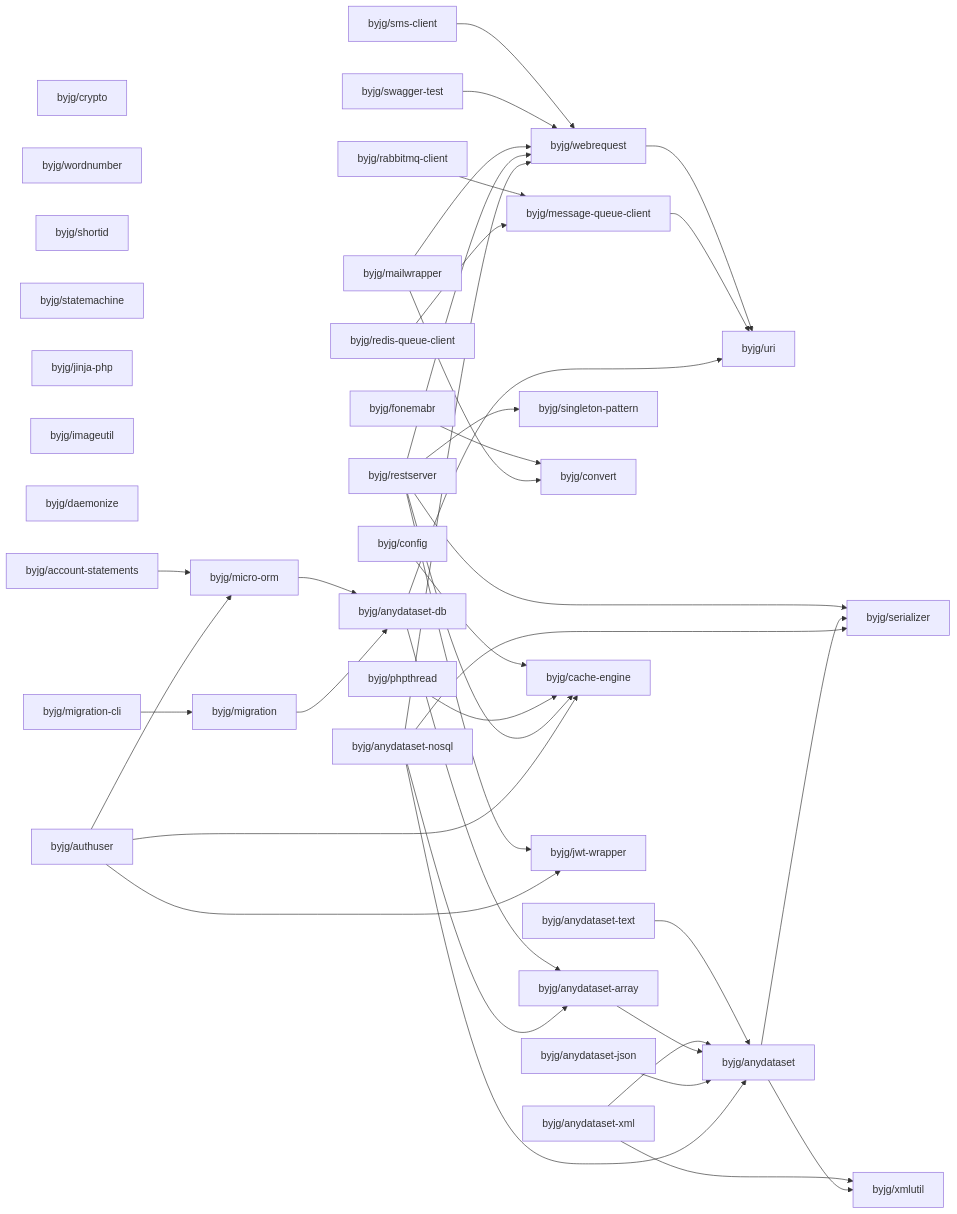
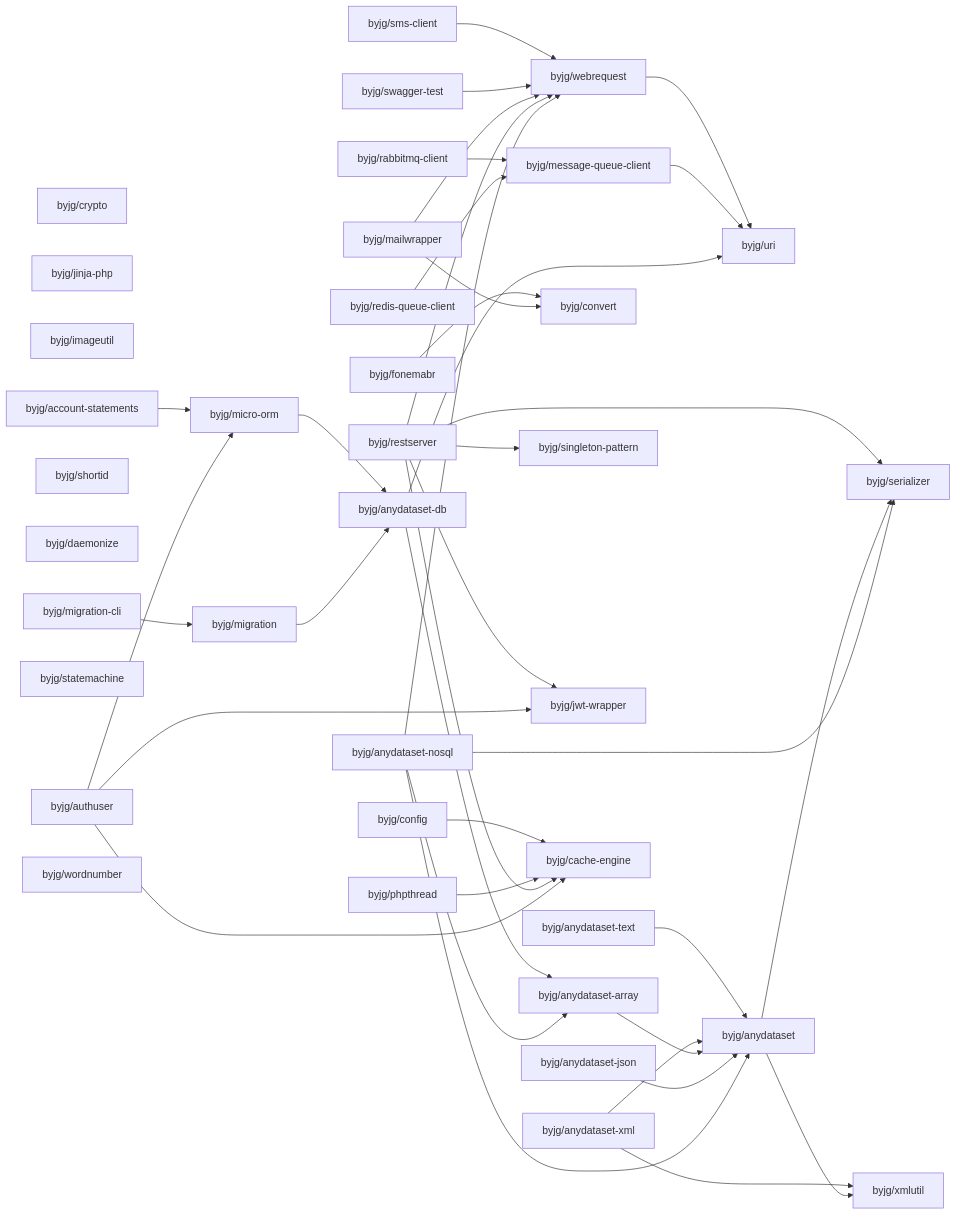
The diagram in php/README.md (byjg/byjg.github.io), drawn with Mermaid before and after one commit. The commit also changed other lines of this file and 1 other file, not shown here.

Commit message:
Update documentation 'php' 'php-mailwrapper'

````diff
--- a/php/README.md
+++ b/php/README.md
@@ -3,76 +3,76 @@
 ```mermaid
 graph LR;
-  byjg/restserver;
+  byjg/config;
   byjg/crypto;
-  byjg/wordnumber;
+  byjg/anydataset-nosql;
+  byjg/jinja-php;
+  byjg/swagger-test;
+  byjg/imageutil;
+  byjg/anydataset-json;
+  byjg/authuser;
+  byjg/mailwrapper;
+  byjg/redis-queue-client;
   byjg/shortid;
   byjg/fonemabr;
+  byjg/daemonize;
+  byjg/rabbitmq-client;
+  byjg/account-statements;
+  byjg/statemachine;
+  byjg/anydataset-xml;
+  byjg/migration-cli;
   byjg/anydataset-text;
-  byjg/config;
-  byjg/rabbitmq-client;
-  byjg/mailwrapper;
-  byjg/statemachine;
-  byjg/anydataset-json;
+  byjg/restserver;
+  byjg/sms-client;
+  byjg/wordnumber;
   byjg/phpthread;
-  byjg/anydataset-xml;
-  byjg/anydataset-nosql;
-  byjg/swagger-test;
-  byjg/jinja-php;
-  byjg/imageutil;
-  byjg/daemonize;
-  byjg/account-statements;
-  byjg/redis-queue-client;
-  byjg/sms-client;
-  byjg/migration-cli;
-  byjg/authuser;
-  byjg/singleton-pattern;
   byjg/convert;
   byjg/message-queue-client;
+  byjg/micro-orm;
+  byjg/migration;
+  byjg/singleton-pattern;
+  byjg/jwt-wrapper;
   byjg/webrequest;
-  byjg/migration;
-  byjg/micro-orm;
   byjg/cache-engine;
-  byjg/jwt-wrapper;
   byjg/anydataset-db;
   byjg/anydataset-array;
   byjg/uri;
   byjg/anydataset;
   byjg/serializer;
   byjg/xmlutil;
   byjg/sms-client --> byjg/webrequest;
   byjg/fonemabr --> byjg/convert;
   byjg/config --> byjg/cache-engine;
   byjg/anydataset-text --> byjg/anydataset;
   byjg/webrequest --> byjg/uri;
   byjg/account-statements --> byjg/micro-orm;
   byjg/rabbitmq-client --> byjg/message-queue-client;
   byjg/micro-orm --> byjg/anydataset-db;
   byjg/phpthread --> byjg/cache-engine;
   byjg/swagger-test --> byjg/webrequest;
   byjg/anydataset-xml --> byjg/anydataset;
   byjg/anydataset-xml --> byjg/xmlutil;
   byjg/anydataset-array --> byjg/anydataset;
   byjg/mailwrapper --> byjg/convert;
   byjg/mailwrapper --> byjg/webrequest;
   byjg/message-queue-client --> byjg/uri;
   byjg/anydataset-db --> byjg/anydataset-array;
   byjg/anydataset-db --> byjg/uri;
   byjg/anydataset-json --> byjg/anydataset;
   byjg/migration --> byjg/anydataset-db;
   byjg/redis-queue-client --> byjg/message-queue-client;
   byjg/restserver --> byjg/serializer;
   byjg/restserver --> byjg/singleton-pattern;
   byjg/restserver --> byjg/cache-engine;
   byjg/restserver --> byjg/webrequest;
   byjg/restserver --> byjg/jwt-wrapper;
   byjg/authuser --> byjg/micro-orm;
   byjg/authuser --> byjg/cache-engine;
   byjg/authuser --> byjg/jwt-wrapper;
   byjg/migration-cli --> byjg/migration;
   byjg/anydataset --> byjg/serializer;
   byjg/anydataset --> byjg/xmlutil;
   byjg/anydataset-nosql --> byjg/anydataset;
   byjg/anydataset-nosql --> byjg/anydataset-array;
   byjg/anydataset-nosql --> byjg/serializer;
   byjg/anydataset-nosql --> byjg/webrequest;
 ```
````
